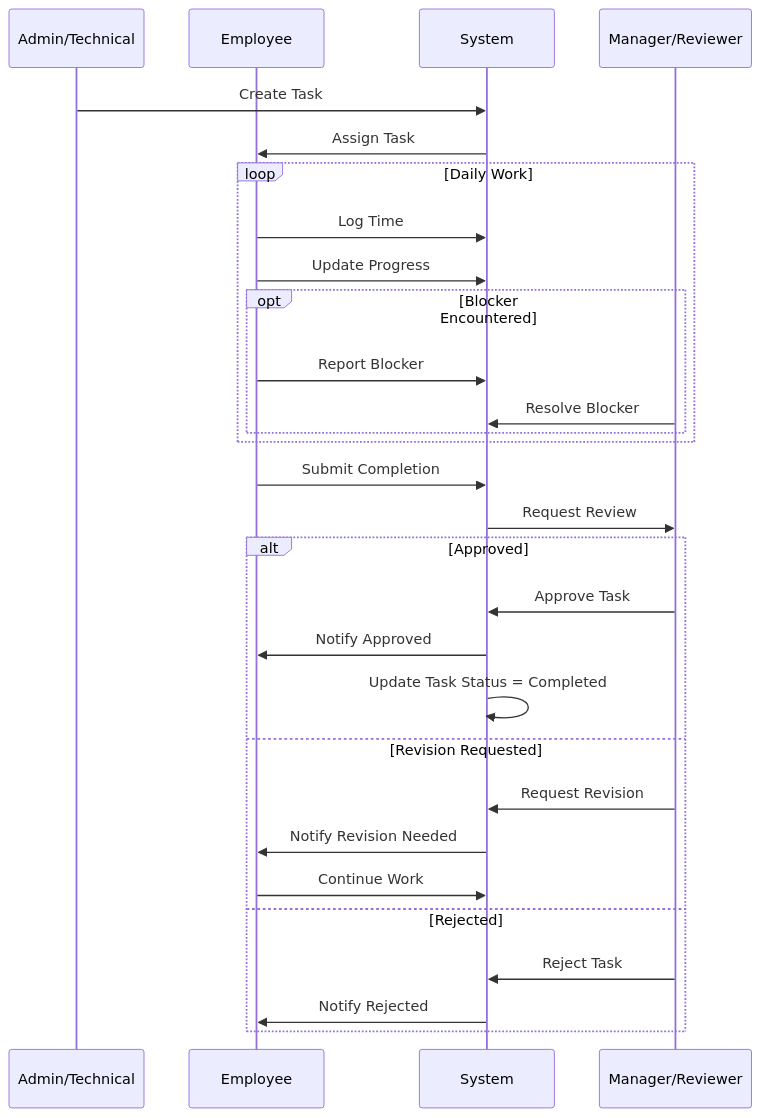
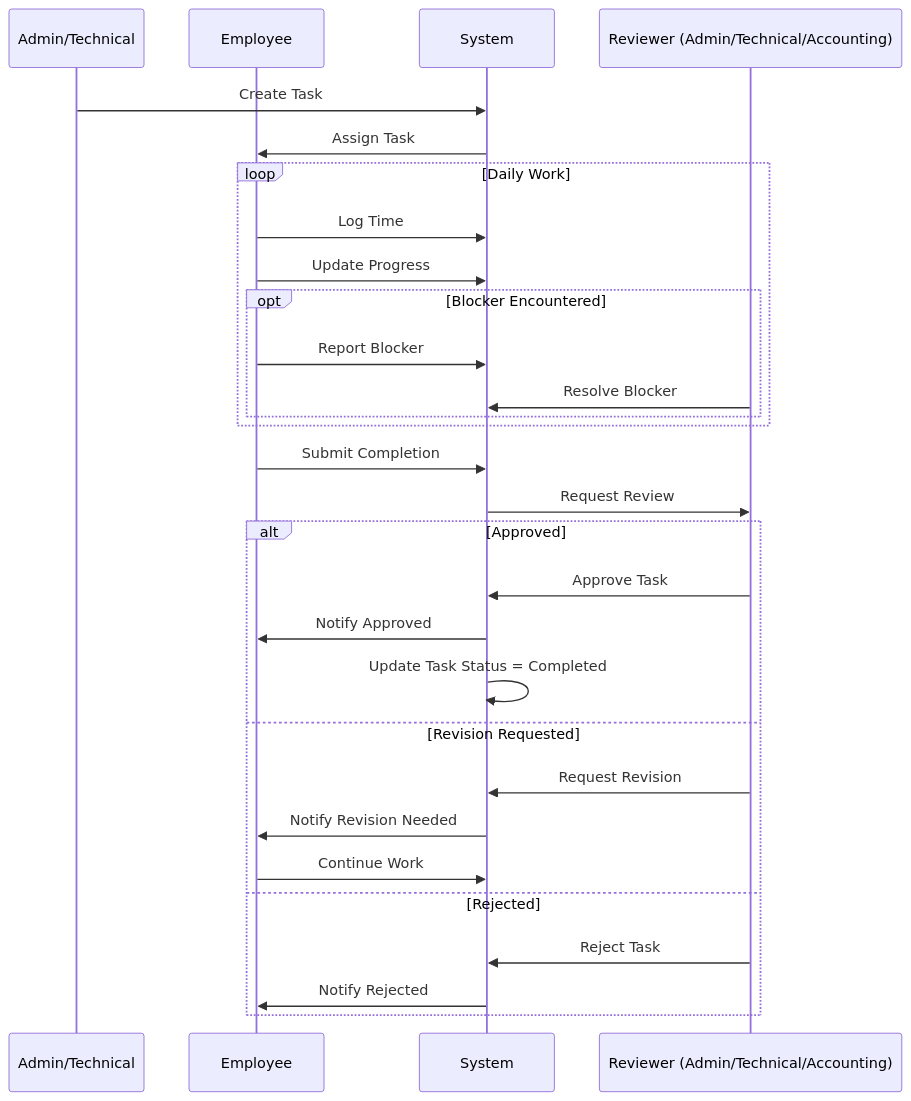
Before and after one commit to Ranyeelll/project-app: the ninth of 13 diagrams in docs/SYSTEM_DOCUMENTATION.md, drawn with Mermaid. The commit also changed other lines of this file and 80 other files, not shown here.

````diff
--- a/docs/SYSTEM_DOCUMENTATION.md
+++ b/docs/SYSTEM_DOCUMENTATION.md
@@ -675,35 +718,35 @@
 ```mermaid
 sequenceDiagram
     participant Admin as Admin/Technical
     participant Employee
     participant System
-    participant Manager as Manager/Reviewer
+    participant Reviewer as Reviewer (Admin/Technical/Accounting)
     
     Admin->>System: Create Task
     System->>Employee: Assign Task
     
     loop Daily Work
         Employee->>System: Log Time
         Employee->>System: Update Progress
         opt Blocker Encountered
             Employee->>System: Report Blocker
-            Manager->>System: Resolve Blocker
+            Reviewer->>System: Resolve Blocker
         end
     end
     
     Employee->>System: Submit Completion
-    System->>Manager: Request Review
+    System->>Reviewer: Request Review
     
     alt Approved
-        Manager->>System: Approve Task
+        Reviewer->>System: Approve Task
         System->>Employee: Notify Approved
         System->>System: Update Task Status = Completed
     else Revision Requested
-        Manager->>System: Request Revision
+        Reviewer->>System: Request Revision
         System->>Employee: Notify Revision Needed
         Employee->>System: Continue Work
     else Rejected
-        Manager->>System: Reject Task
+        Reviewer->>System: Reject Task
         System->>Employee: Notify Rejected
     end
 ```
````
